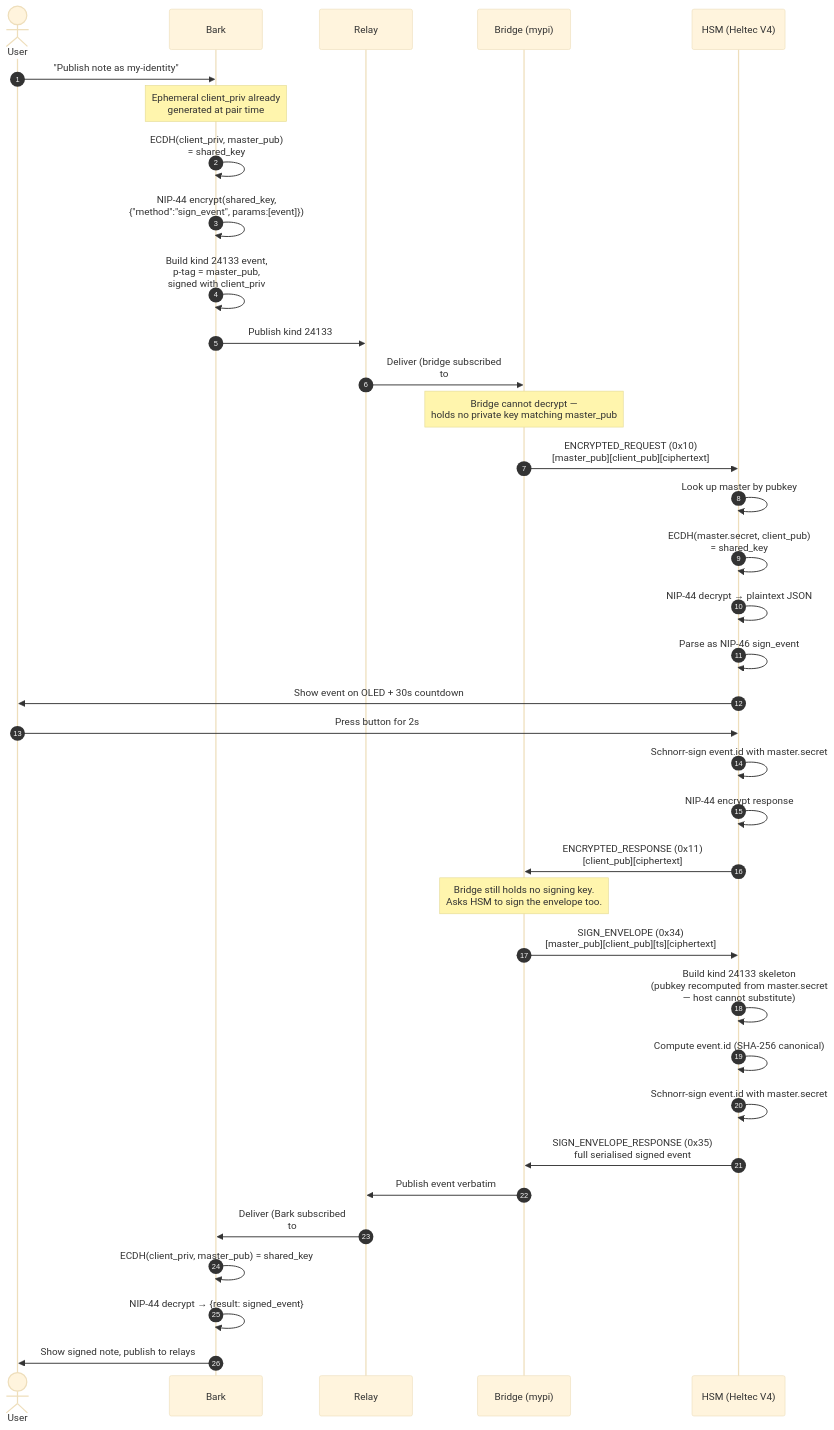
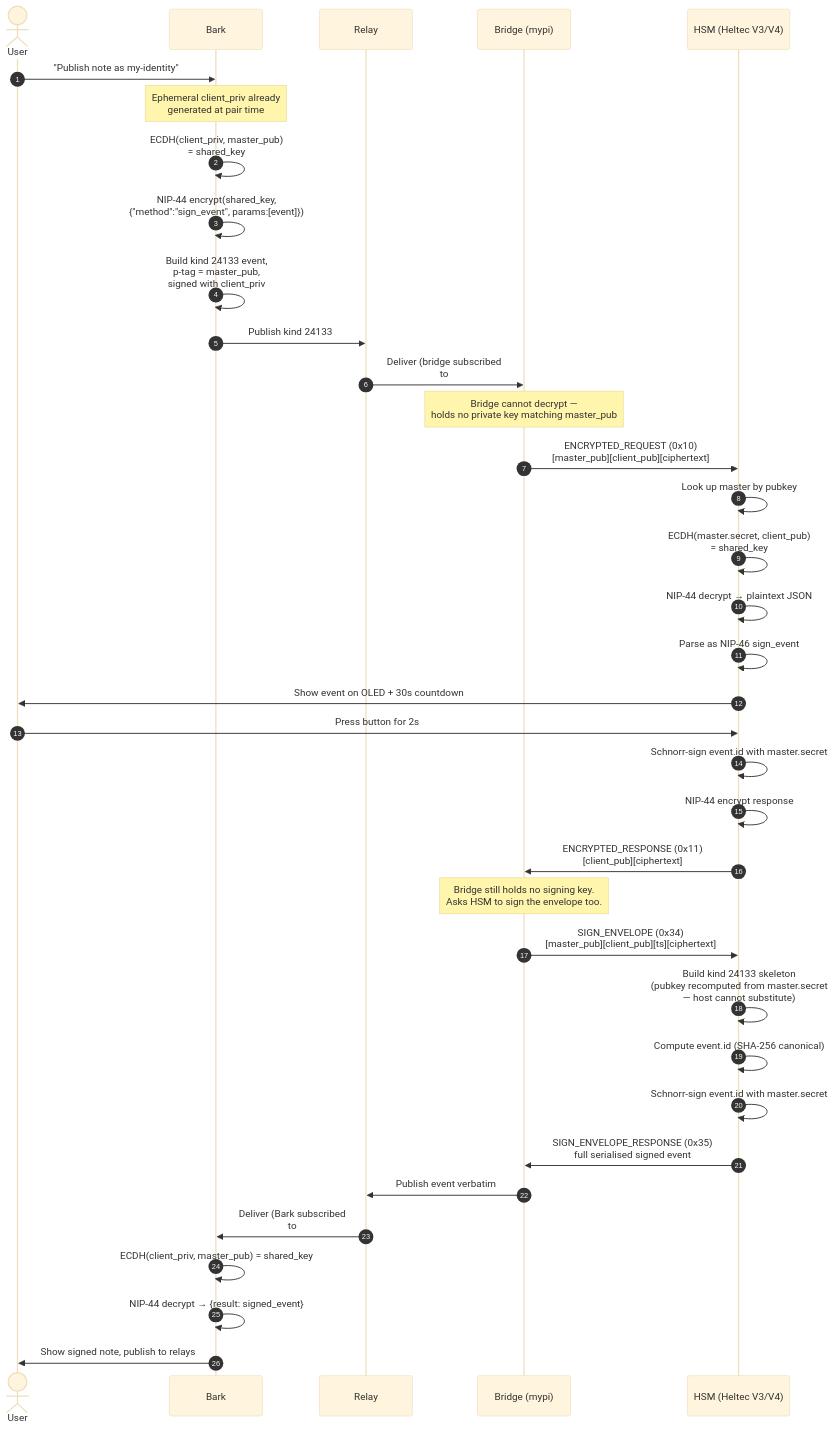
The second of 5 diagrams in docs/architecture.md (forgesworn/heartwood-esp32), drawn with Mermaid (base theme) before and after one commit. The commit also changed other lines of this file and 21 other files, not shown here.

````diff
--- a/docs/architecture.md
+++ b/docs/architecture.md
@@ -66,45 +66,45 @@
 ```mermaid
 sequenceDiagram
     autonumber
     actor User
     participant Bark
     participant Relay
     participant Bridge as Bridge (mypi)
-    participant HSM as HSM (Heltec V4)
+    participant HSM as HSM (Heltec V3/V4)
 
     User->>Bark: "Publish note as my-identity"
     Note over Bark: Ephemeral client_priv already<br/>generated at pair time
     Bark->>Bark: ECDH(client_priv, master_pub)<br/>= shared_key
     Bark->>Bark: NIP-44 encrypt(shared_key,<br/>{"method":"sign_event", params:[event]})
     Bark->>Bark: Build kind 24133 event,<br/>p-tag = master_pub,<br/>signed with client_priv
     Bark->>Relay: Publish kind 24133
     Relay->>Bridge: Deliver (bridge subscribed<br/>to #p = master_pub)
 
     Note over Bridge: Bridge cannot decrypt —<br/>holds no private key matching master_pub
     Bridge->>HSM: ENCRYPTED_REQUEST (0x10)<br/>[master_pub][client_pub][ciphertext]
 
     HSM->>HSM: Look up master by pubkey
     HSM->>HSM: ECDH(master.secret, client_pub)<br/>= shared_key
     HSM->>HSM: NIP-44 decrypt → plaintext JSON
     HSM->>HSM: Parse as NIP-46 sign_event
     HSM->>User: Show event on OLED + 30s countdown
     User->>HSM: Press button for 2s
     HSM->>HSM: Schnorr-sign event.id with master.secret
     HSM->>HSM: NIP-44 encrypt response
     HSM->>Bridge: ENCRYPTED_RESPONSE (0x11)<br/>[client_pub][ciphertext]
 
     Note over Bridge: Bridge still holds no signing key.<br/>Asks HSM to sign the envelope too.
     Bridge->>HSM: SIGN_ENVELOPE (0x34)<br/>[master_pub][client_pub][ts][ciphertext]
 
     HSM->>HSM: Build kind 24133 skeleton<br/>(pubkey recomputed from master.secret<br/>— host cannot substitute)
     HSM->>HSM: Compute event.id (SHA-256 canonical)
     HSM->>HSM: Schnorr-sign event.id with master.secret
     HSM->>Bridge: SIGN_ENVELOPE_RESPONSE (0x35)<br/>full serialised signed event
 
     Bridge->>Relay: Publish event verbatim
     Relay->>Bark: Deliver (Bark subscribed<br/>to #p = client_pub)
 
     Bark->>Bark: ECDH(client_priv, master_pub) = shared_key
     Bark->>Bark: NIP-44 decrypt → {result: signed_event}
     Bark->>User: Show signed note, publish to relays
 ```
````
